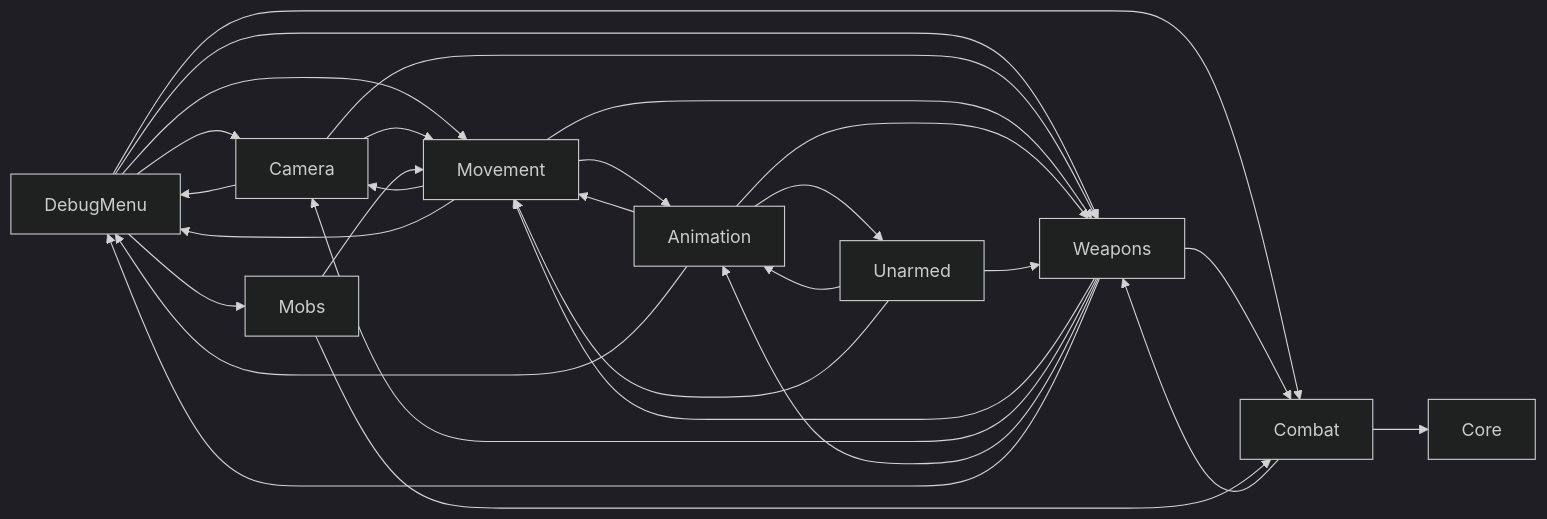
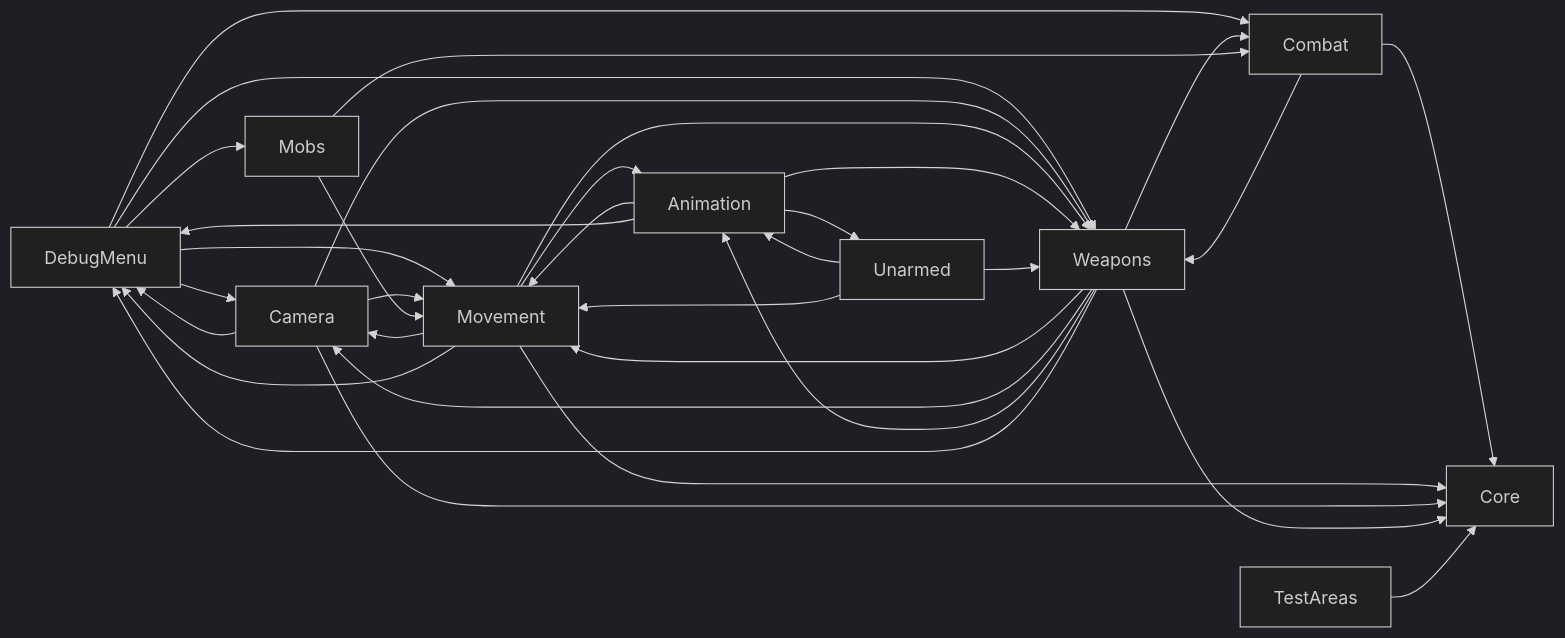
One commit to gagejack/unityTestProject changed the diagram in docs/ARCHITECTURE.md. Above: the diagram before and after it, drawn with Mermaid (dark theme). The commit also changed other lines of this file and 102 other files, not shown here.

First line of the commit message:
Add test areas and the baseline measurement harness

````diff
--- a/docs/ARCHITECTURE.md
+++ b/docs/ARCHITECTURE.md
@@ -22,12 +24,14 @@
 ```mermaid
 flowchart LR
     Menu[DebugMenu] --> Camera & Movement & Weapons & Mobs & Combat
     Camera --> Movement & Weapons & Menu
     Movement --> Camera & Animation & Weapons & Menu
     Animation --> Movement & Weapons & Unarmed & Menu
     Unarmed --> Animation & Weapons & Movement
     Weapons --> Movement & Camera & Animation & Combat & Menu
     Combat --> Weapons
     Mobs --> Movement & Combat
     Combat --> Core
+    Movement & Camera & Weapons --> Core
+    TestAreas --> Core
 ```
````
